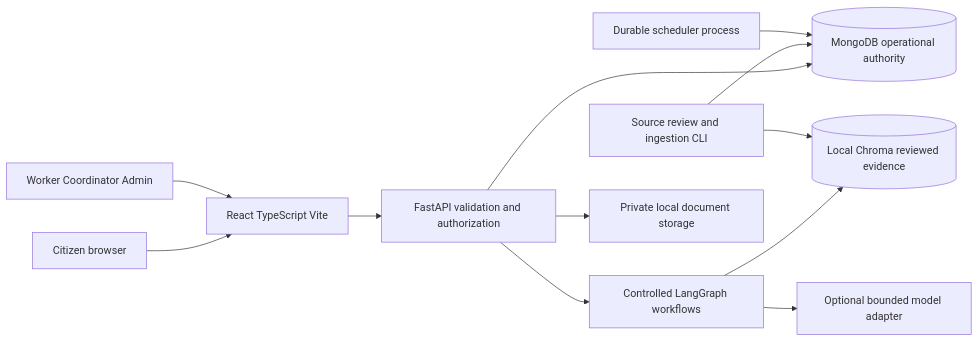
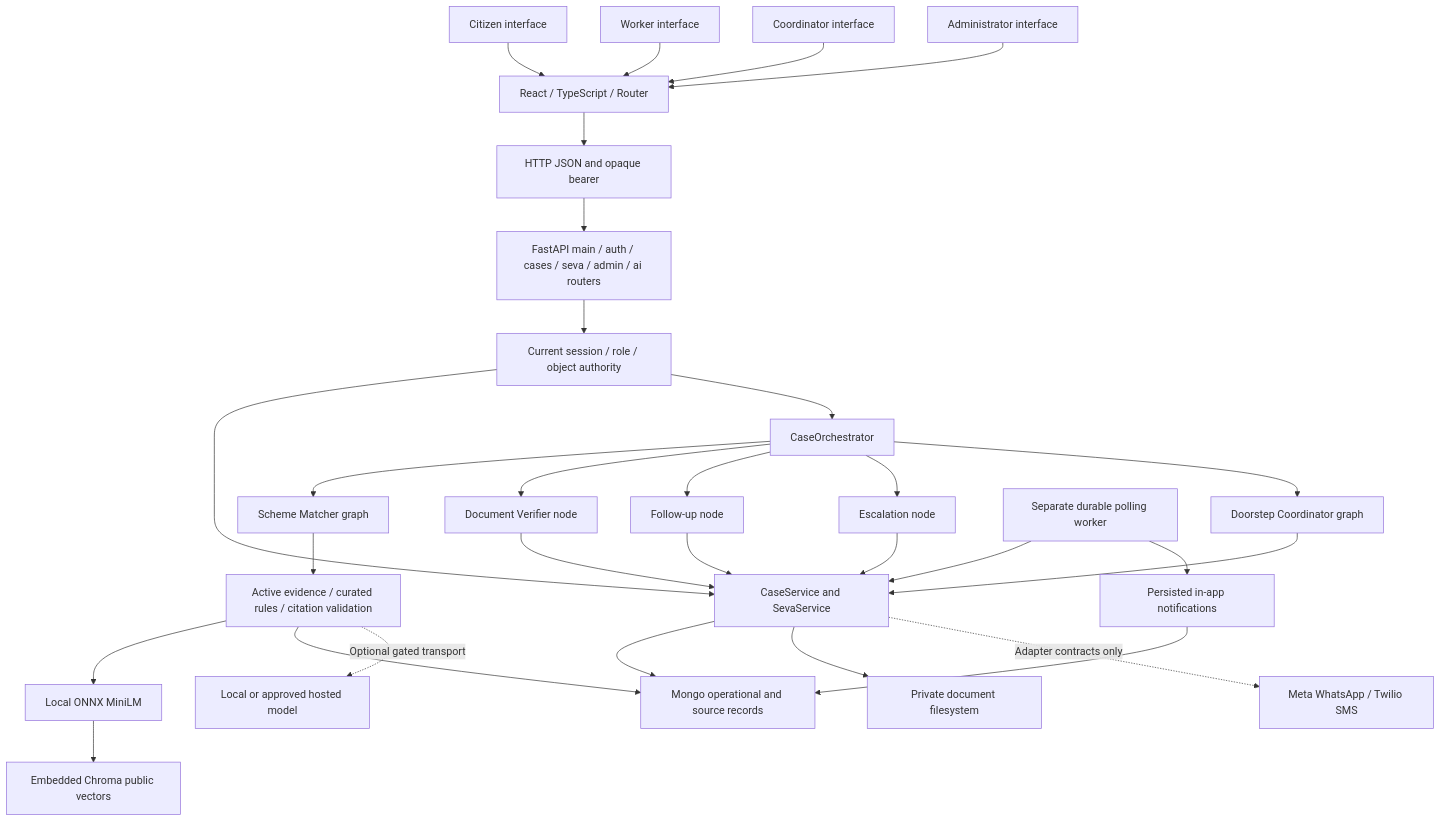
One commit to Dhroovs/YojanaSetu changed the diagram in docs/ARCHITECTURE.md. Above: the diagram before and after it, drawn with Mermaid. The commit also changed other lines of this file and 47 other files, not shown here.

````diff
--- a/docs/ARCHITECTURE.md
+++ b/docs/ARCHITECTURE.md
@@ -20,14 +7,32 @@
 ```mermaid
-flowchart LR
-  Citizen[Citizen browser] --> UI[React TypeScript Vite]
-  Staff[Worker Coordinator Admin] --> UI
-  UI --> API[FastAPI validation and authorization]
-  API --> Mongo[(MongoDB operational authority)]
-  API --> Graph[Controlled LangGraph workflows]
-  Graph --> Vectors[(Local Chroma reviewed evidence)]
-  Graph --> Model[Optional bounded model adapter]
-  Operator[Source review and ingestion CLI] --> Vectors
-  Operator --> Mongo
-  Worker[Durable scheduler process] --> Mongo
-  API --> Private[Private local document storage]
+flowchart TB
+  Citizen[Citizen interface] --> React[React / TypeScript / Router]
+  Field[Worker interface] --> React
+  Coord[Coordinator interface] --> React
+  Admin[Administrator interface] --> React
+  React --> HTTP[HTTP JSON and opaque bearer]
+  HTTP --> API[FastAPI main / auth / cases / seva / admin / ai routers]
+  API --> Auth[Current session / role / object authority]
+  Auth --> Domain[CaseService and SevaService]
+  Auth --> CaseGraph[CaseOrchestrator]
+  CaseGraph --> Matcher[Scheme Matcher graph]
+  CaseGraph --> Docs[Document Verifier node]
+  CaseGraph --> Follow[Follow-up node]
+  CaseGraph --> Esc[Escalation node]
+  CaseGraph --> Door[Doorstep Coordinator graph]
+  Docs --> Domain
+  Follow --> Domain
+  Esc --> Domain
+  Door --> Domain
+  Matcher --> RAG[Active evidence / curated rules / citation validation]
+  RAG --> Embed[Local ONNX MiniLM]
+  Embed --> Chroma[Embedded Chroma public vectors]
+  RAG --> Mongo[Mongo operational and source records]
+  Domain --> Mongo
+  Domain --> Files[Private document filesystem]
+  Worker[Separate durable polling worker] --> Domain
+  Worker --> Notice[Persisted in-app notifications]
+  Notice --> Mongo
+  RAG -. Optional gated transport .-> LLM[Local or approved hosted model]
+  Domain -. Adapter contracts only .-> External[Meta WhatsApp / Twilio SMS]
 ```
````
